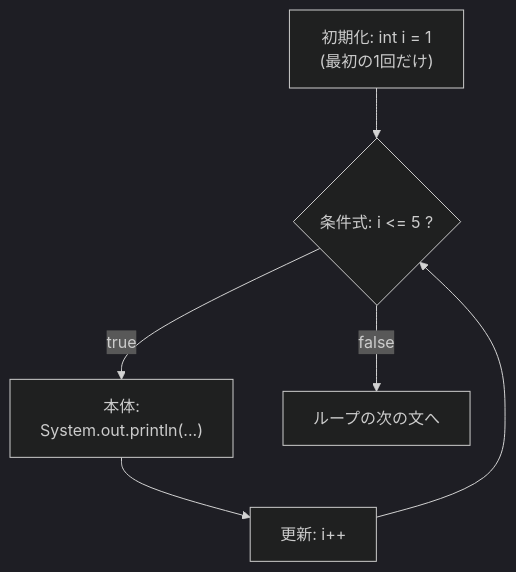
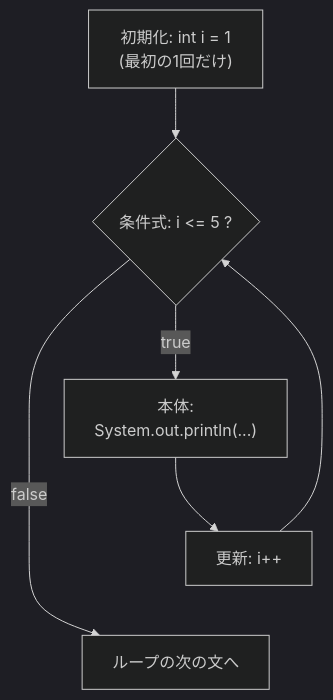
One commit to junyeol928-hash/Sayana changed the diagram in content/01-java-basics/02-control-flow/02-java-loops/lesson.md. Above: the diagram before and after it, drawn with Mermaid (dark theme). The commit also changed 1 other file, not shown here.

Commit message:
fix: ループの図を縦 1 列に積んでスマホの幅に収め、用語の読みの誤記(がードせつ)を直した

````diff
--- a/content/01-java-basics/02-control-flow/02-java-loops/lesson.md
+++ b/content/01-java-basics/02-control-flow/02-java-loops/lesson.md
@@ -36,8 +36,9 @@
 ```mermaid
 flowchart TD
     A["初期化: int i = 1<br>(最初の1回だけ)"] --> B{"条件式: i <= 5 ?"}
     B -- "true" --> C["本体:<br>System.out.println(...)"]
     C --> D["更新: i++"]
     D --> B
     B -- "false" --> E["ループの次の文へ"]
+    D ~~~ E
 ```
````
